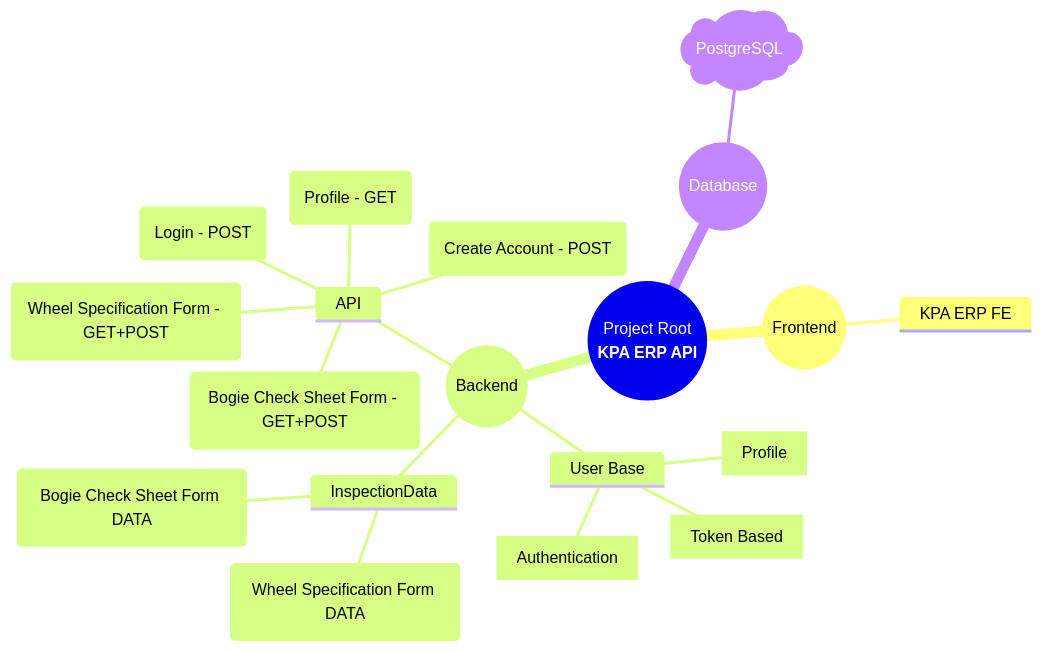
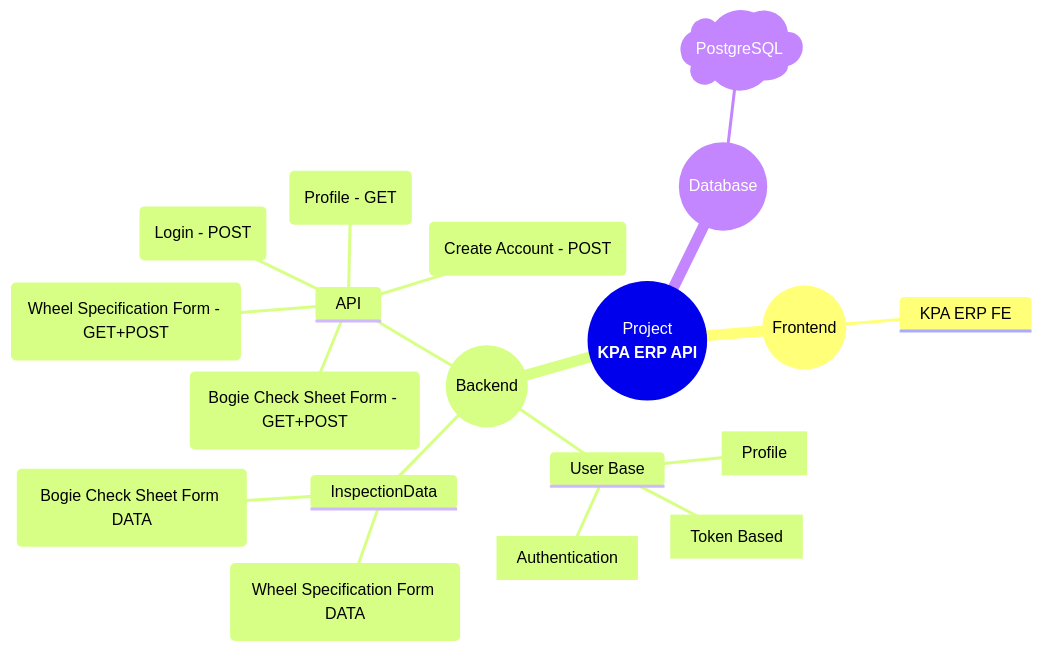
Before and after one commit to saidulalimallick04/KAP-ERP-API: the diagram in README.md, drawn with Mermaid. The commit also changed other lines of this file, not shown here.

````diff
--- a/README.md
+++ b/README.md
@@ -8,28 +8,28 @@
 ```mermaid
 mindmap
-    root((Project Root<br/>**KPA ERP API**))
+    root((Project<br/>**KPA ERP API**))
         frontend((Frontend))
             KPA ERP FE
 
         backend((Backend))
             User Base
                 module1_c1[Authentication]
                 module1_c2[Profile]
                 module1_c3[Token Based]
             
             InspectionData
                 module2_c1(Wheel Specification Form DATA)
                 module2_c2(Bogie Check Sheet Form DATA)
                 
             API
                 modul3_c1(Create Account - POST)
                 modul3_c2(Login - POST)
 
                 modul3_c3(Profile - GET)
 
                 modul3_c4(Wheel Specification Form - GET+POST)
                 modul3_c5(Bogie Check Sheet Form - GET+POST)
         
         database((Database))
             database_c1)PostgreSQL(
 ```
````
